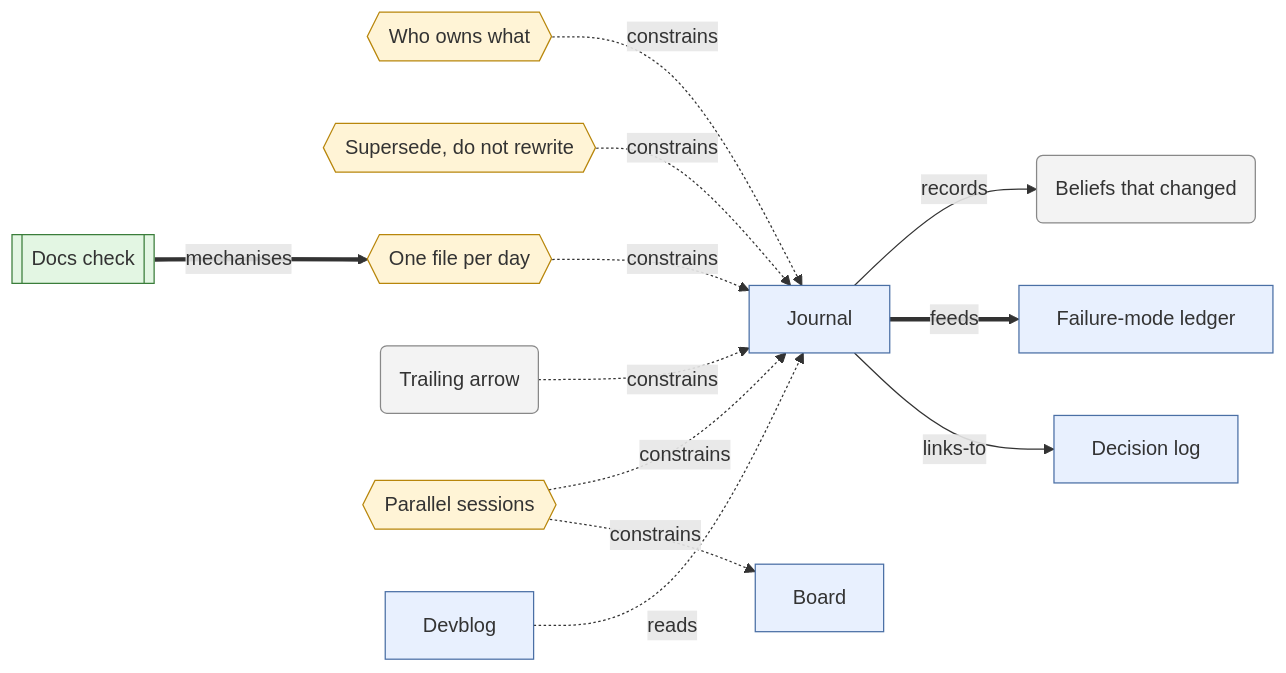
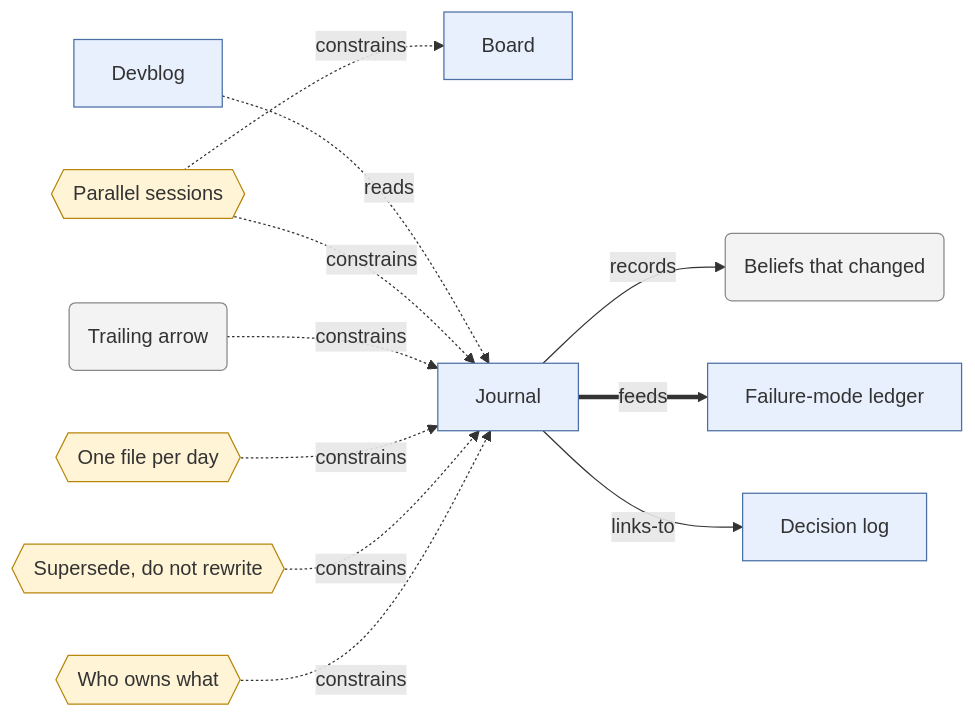
Before and after one commit to HogJonny-AMZN/HogShade: the seventh of 9 diagrams in Docs/knowledge/ai-first-framework-graph.md, drawn with Mermaid. The commit also changed other lines of this file and 5 other files, not shown here.

````diff
--- a/Docs/knowledge/ai-first-framework-graph.md
+++ b/Docs/knowledge/ai-first-framework-graph.md
@@ -514,34 +512,30 @@
 ```mermaid
 flowchart LR
   board["Board"]
   who_owns_what{{"Who owns what"}}
   decision_log["Decision log"]
   supersede_not_rewrite{{"Supersede, do not rewrite"}}
   failure_ledger["Failure-mode ledger"]
   journal["Journal"]
   per_day_journal{{"One file per day"}}
   beliefs_changed("Beliefs that changed")
   trailing_arrow("Trailing arrow")
   parallel_sessions{{"Parallel sessions"}}
   devblog["Devblog"]
-  docs_check[["Docs check"]]
   who_owns_what -.->|constrains| journal
   supersede_not_rewrite -.->|constrains| journal
   journal -->|records| beliefs_changed
   per_day_journal -.->|constrains| journal
   trailing_arrow -.->|constrains| journal
   parallel_sessions -.->|constrains| journal
   parallel_sessions -.->|constrains| board
   journal ==>|feeds| failure_ledger
   journal -->|links-to| decision_log
   devblog -.->|reads| journal
-  docs_check ==>|mechanises| per_day_journal
   classDef artifact fill:#e8f0fe,stroke:#4a6fa5
   class board,decision_log,failure_ledger,journal,devblog artifact
   classDef concept fill:#f3f3f3,stroke:#888
   class beliefs_changed,trailing_arrow concept
   classDef rule fill:#fff4d6,stroke:#b8860b
   class who_owns_what,supersede_not_rewrite,per_day_journal,parallel_sessions rule
-  classDef check fill:#e3f6e3,stroke:#3a7d3a
-  class docs_check check
 ```
````
